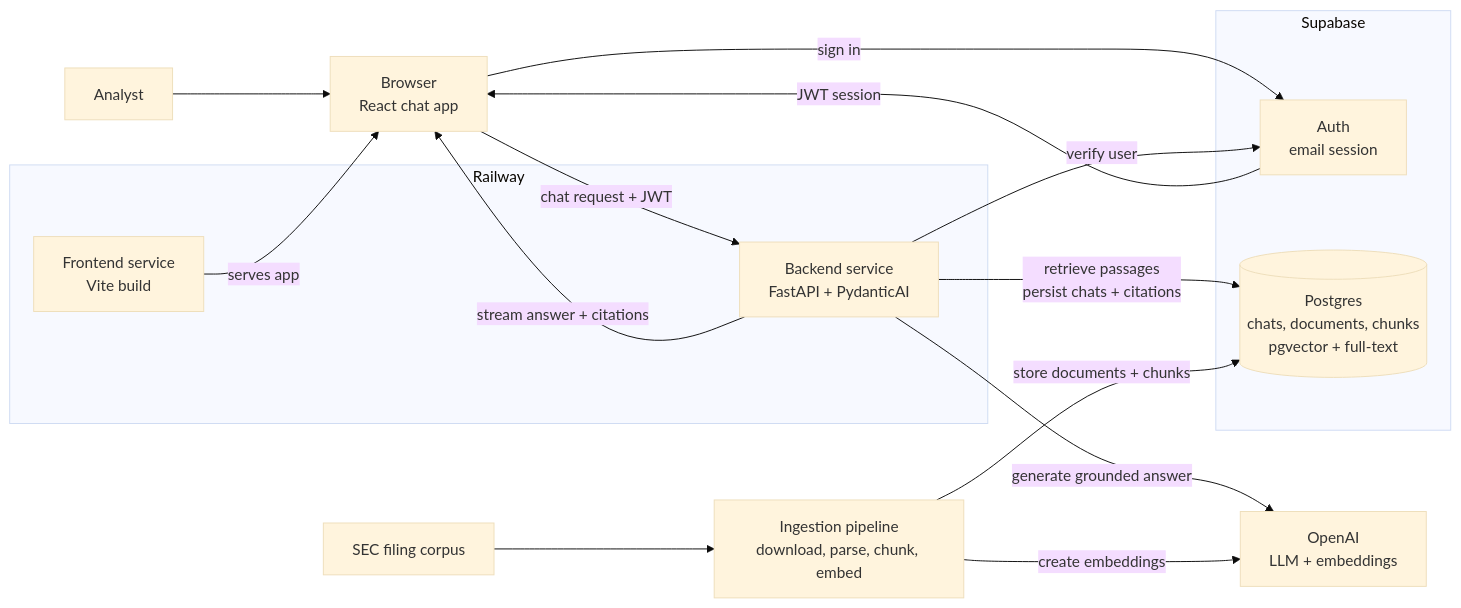
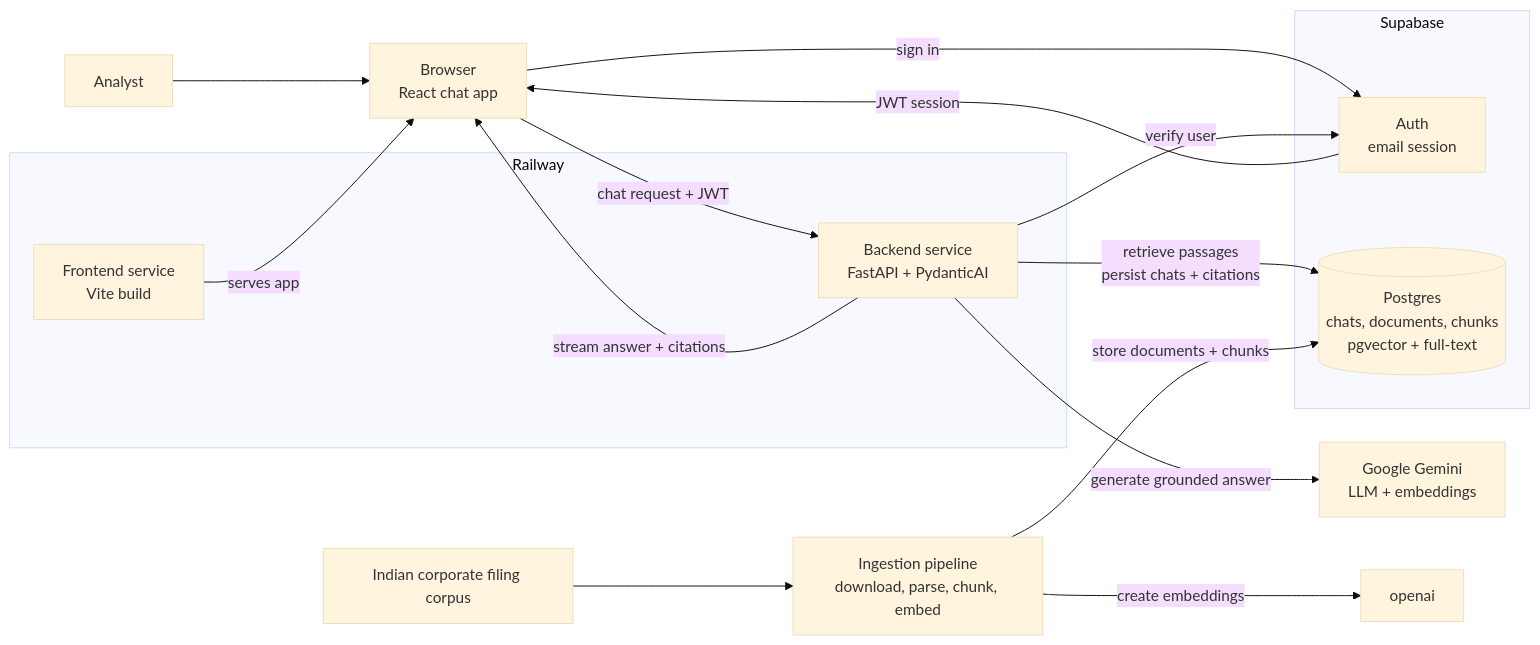
One commit to sweety-mahale/EquityLens changed the diagram in docs/architecture.md. Above: the diagram before and after it, drawn with Mermaid (base theme). The commit also changed other lines of this file and 18 other files, not shown here.

````diff
--- a/docs/architecture.md
+++ b/docs/architecture.md
@@ -13,31 +13,31 @@
 ```mermaid
 flowchart LR
     user[Analyst] --> browser[Browser<br/>React chat app]
 
     subgraph railway[Railway]
         frontend[Frontend service<br/>Vite build]
         backend[Backend service<br/>FastAPI + PydanticAI]
     end
 
     subgraph supabase[Supabase]
         auth[Auth<br/>email session]
         db[(Postgres<br/>chats, documents, chunks<br/>pgvector + full-text)]
     end
 
-    openai[OpenAI<br/>LLM + embeddings]
-    corpus[SEC filing corpus]
+    gemini[Google Gemini<br/>LLM + embeddings]
+    corpus[Indian corporate filing corpus]
     ingestion[Ingestion pipeline<br/>download, parse, chunk, embed]
 
     frontend -->|serves app| browser
     browser -->|sign in| auth
     auth -->|JWT session| browser
     browser -->|chat request + JWT| backend
     backend -->|verify user| auth
     backend -->|retrieve passages<br/>persist chats + citations| db
-    backend -->|generate grounded answer| openai
+    backend -->|generate grounded answer| gemini
     backend -->|stream answer + citations| browser
 
     corpus --> ingestion
     ingestion -->|create embeddings| openai
     ingestion -->|store documents + chunks| db
 ```
````
